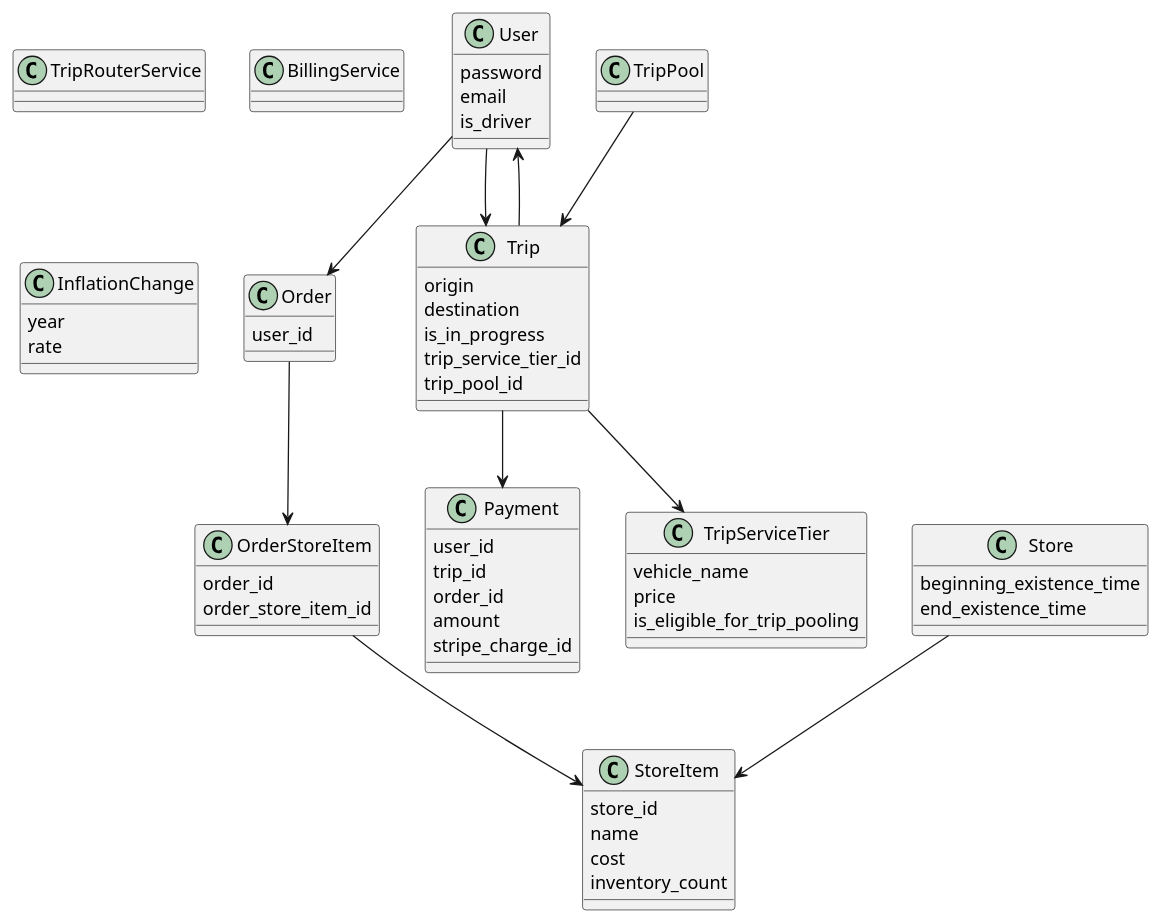
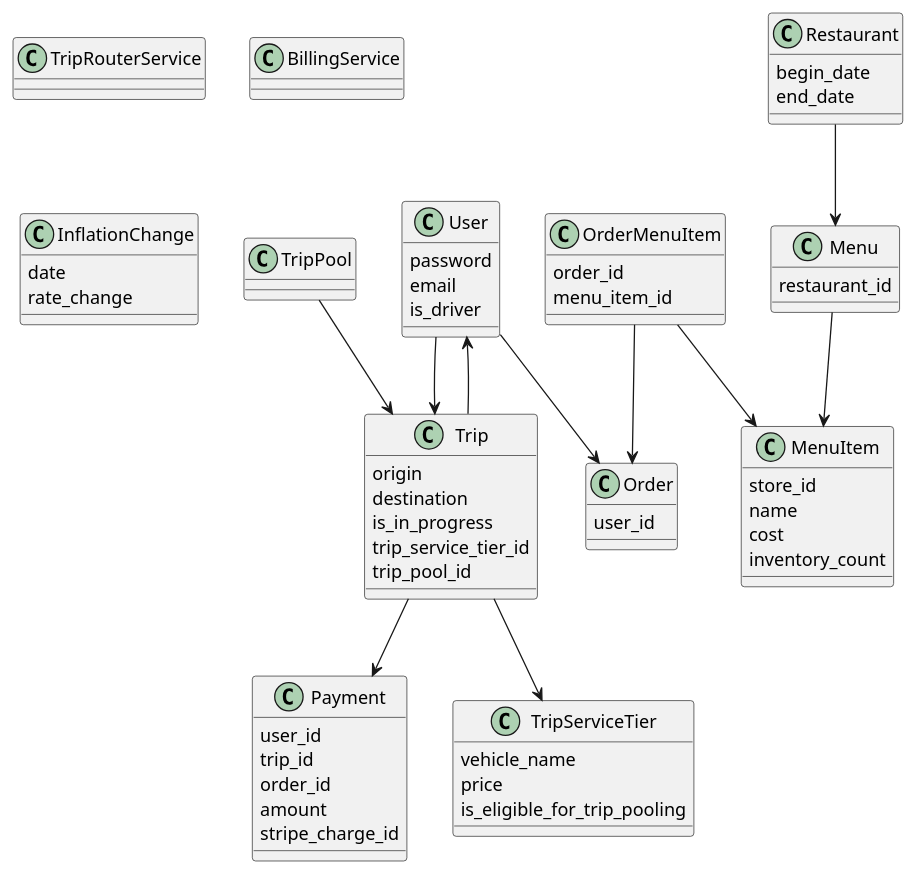
One commit to andrewhao/dddrail-talk changed the diagram in diagrams/4-delorean-eats.plantuml. Above: the diagram before and after it, drawn with PlantUML. The commit also changed 1 other file, not shown here.

```diff
--- a/diagrams/4-delorean-eats.plantuml
+++ b/diagrams/4-delorean-eats.plantuml
@@ -1,80 +1,85 @@
 @startuml
 skinparam shadowing false
 
 class User {
   password
   email
   is_driver
 }
 
 class Trip {
   origin
   destination
   is_in_progress
   trip_service_tier_id
   trip_pool_id
 }
 
 class TripPool {
 }
 
 class TripRouterService {
 }
 
 class BillingService {
 }
 
 class Payment {
   user_id
   trip_id
   order_id
   amount
   stripe_charge_id
 }
 
 class TripServiceTier {
   vehicle_name
   price
   is_eligible_for_trip_pooling
 }
 
 class Order {
   user_id
 }
 
 User --> Order
 
-class OrderStoreItem {
+class OrderMenuItem {
   order_id
-  order_store_item_id
+  menu_item_id
 }
 
-Order --> OrderStoreItem
 
-class Store {
-  beginning_existence_time
-  end_existence_time
+class Restaurant {
+  begin_date
+  end_date
 }
 
-class StoreItem {
+class Menu {
+  restaurant_id
+}
+
+class MenuItem {
   store_id
   name
   cost
   inventory_count
 }
 
 class InflationChange {
-  year
-  rate
+  date
+  rate_change
 }
 
-OrderStoreItem --> StoreItem
-Store --> StoreItem
+OrderMenuItem --> Order
+OrderMenuItem --> MenuItem
+Restaurant --> Menu
+Menu --> MenuItem
 
 User --> Trip
 Trip --> User
 Trip --> Payment
 Trip --> TripServiceTier
 TripPool --> Trip
 
 @enduml
```
